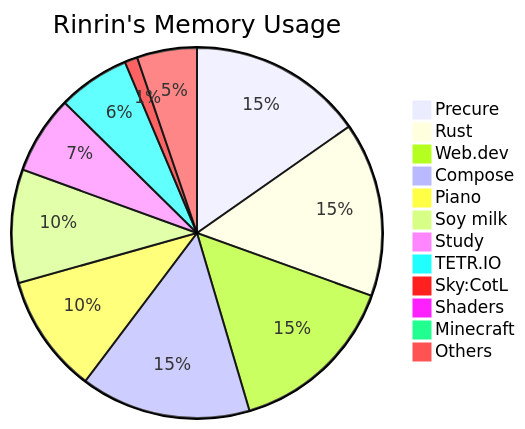
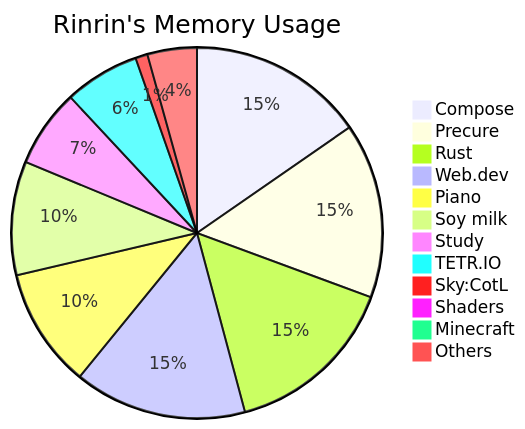
One commit to Rinrin0413/Rinrin0413 changed the diagram in README.md. Above: the diagram before and after it, drawn with Mermaid.

Commit message:
🛠 Update: Rinrin's Memory Usage

````diff
--- a/README.md
+++ b/README.md
@@ -77,15 +77,15 @@
 ```mermaid
 pie title Rinrin's Memory Usage
-    "Precure": 575
-    "Rust": 573
-    "Web.dev": 562
-    "Compose": 559
-    "Piano": 390
-    "Soy milk": 373
+    "Compose": 580
+    "Precure": 577
+    "Rust": 574
+    "Web.dev": 569
+    "Piano": 394
+    "Soy milk": 375
     "Study": 257
-    "TETR.IO": 236
-    "Sky:CotL": 42
+    "TETR.IO": 248
+    "Sky:CotL": 40
     "Shaders": 30
     "Minecraft": 30
-    "Others": 197
+    "Others": 163
 ```
````
